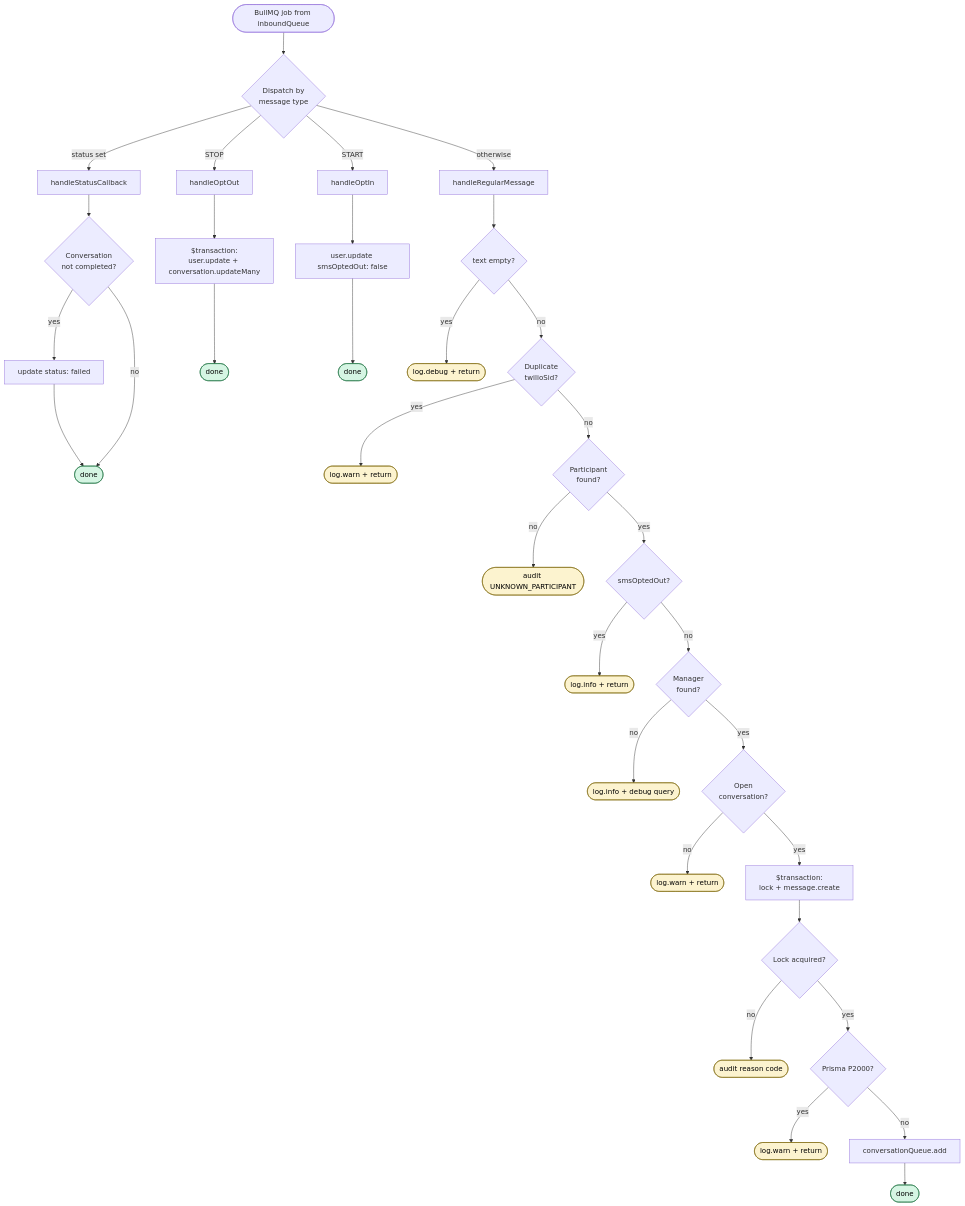
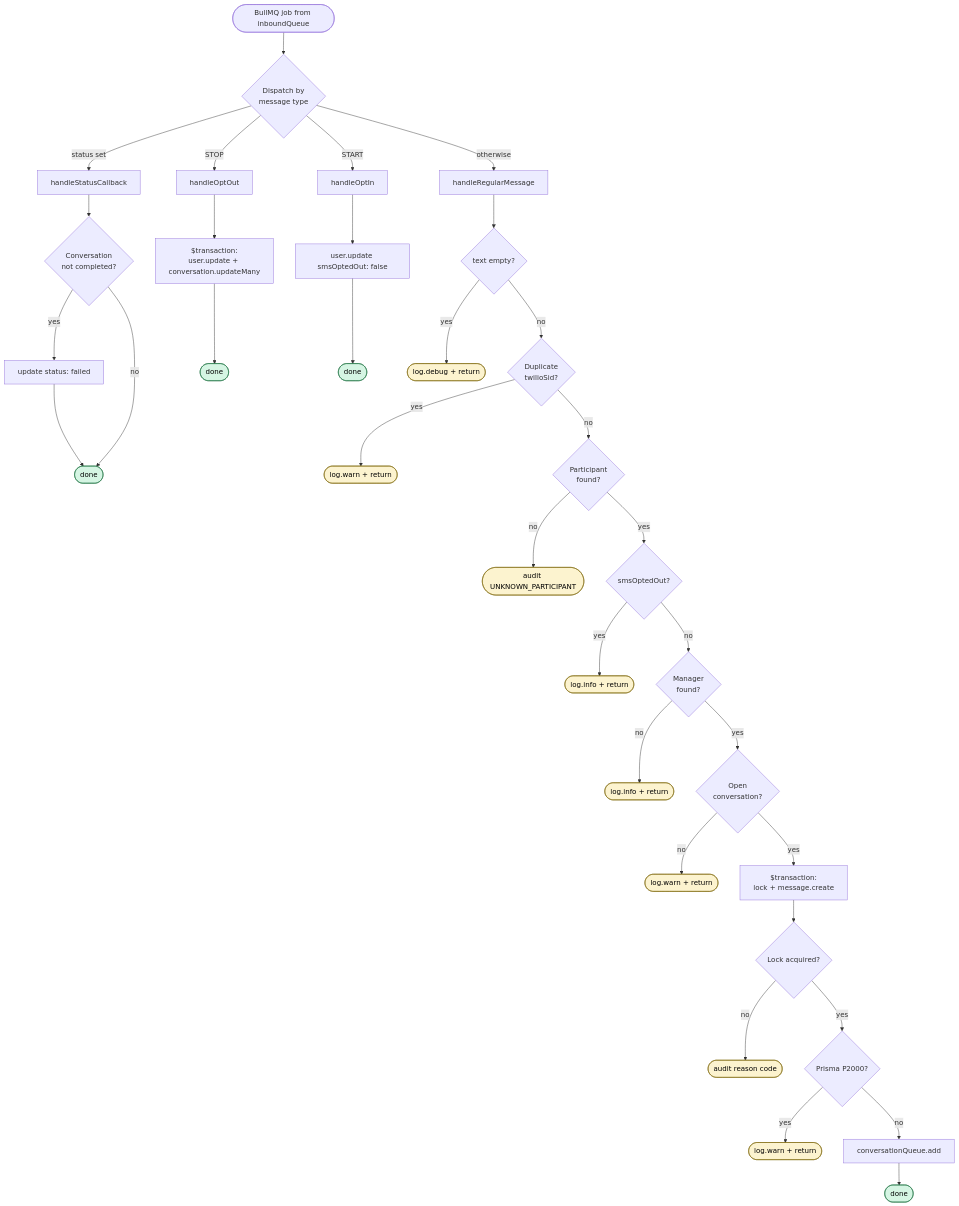
Before and after one commit to Elyasaflehrer/reportloop: the second of 2 diagrams in backend/docs/inbound-webhook-routing.md, drawn with Mermaid. The commit also changed other lines of this file, not shown here.

````diff
--- a/backend/docs/inbound-webhook-routing.md
+++ b/backend/docs/inbound-webhook-routing.md
@@ -80,41 +66,40 @@
 ```mermaid
 flowchart TD
     Job([BullMQ job from inboundQueue]) --> Disp{Dispatch by<br/>message type}
     Disp -->|status set| HSC[handleStatusCallback]
     Disp -->|STOP| HOO[handleOptOut]
     Disp -->|START| HOI[handleOptIn]
     Disp -->|otherwise| HRM[handleRegularMessage]
 
     HSC --> SC1{Conversation<br/>not completed?}
     SC1 -->|yes| SC2["update status: failed"] --> Done1([done])
     SC1 -->|no| Done1
 
     HOO --> OO1["$transaction:<br/>user.update + conversation.updateMany"] --> Done2([done])
-
     HOI --> OI1["user.update smsOptedOut: false"] --> Done3([done])
 
     HRM --> R1{text empty?}
     R1 -->|yes| Ret1([log.debug + return])
     R1 -->|no| R2{Duplicate<br/>twilioSid?}
     R2 -->|yes| Ret2([log.warn + return])
     R2 -->|no| R3{Participant<br/>found?}
     R3 -->|no| Ret3([audit UNKNOWN_PARTICIPANT])
     R3 -->|yes| R4{smsOptedOut?}
     R4 -->|yes| Ret4([log.info + return])
     R4 -->|no| R5{Manager<br/>found?}
-    R5 -->|no| Ret5([log.info + debug query])
+    R5 -->|no| Ret5([log.info + return])
     R5 -->|yes| R6{Open<br/>conversation?}
     R6 -->|no| Ret6([log.warn + return])
     R6 -->|yes| R7["$transaction:<br/>lock + message.create"]
     R7 --> R8{Lock acquired?}
     R8 -->|no| Ret7([audit reason code])
     R8 -->|yes| R9{Prisma P2000?}
     R9 -->|yes| Ret8([log.warn + return])
     R9 -->|no| R10[conversationQueue.add] --> Ret9([done])
 
     classDef ok fill:#d5f5e3,stroke:#196f3d,color:#000
     classDef drop fill:#fcf3cf,stroke:#7d6608,color:#000
 
     class Done1,Done2,Done3,Ret9 ok
     class Ret1,Ret2,Ret3,Ret4,Ret5,Ret6,Ret7,Ret8 drop
 ```
````
